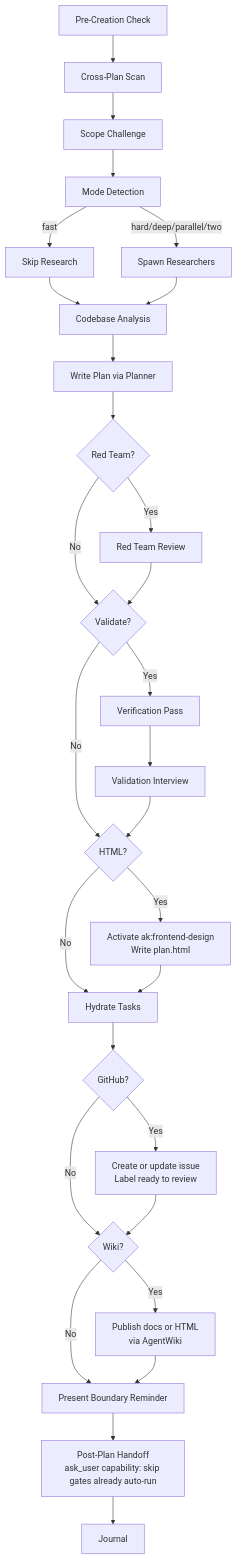
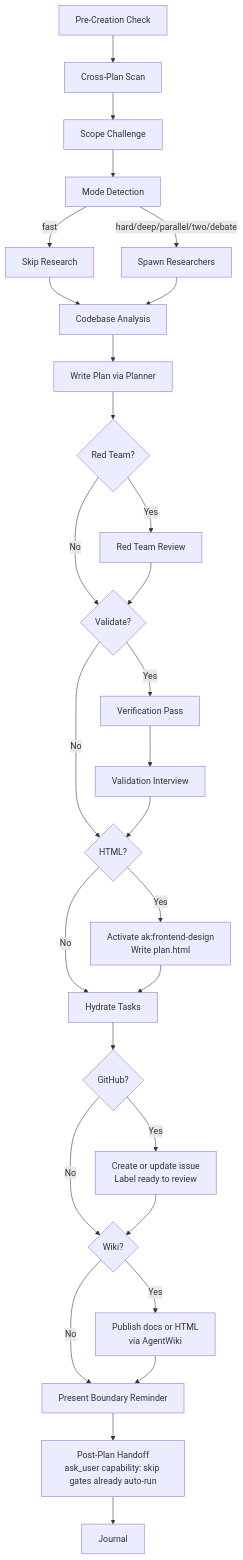
One commit to quanganh208/chatofy changed the diagram in .claude/skills/ak-plan/SKILL.md. Above: the diagram before and after it, drawn with Mermaid. The commit also changed other lines of this file and 118 other files, not shown here.

````diff
--- a/.claude/skills/ak-plan/SKILL.md
+++ b/.claude/skills/ak-plan/SKILL.md
@@ -451,31 +475,31 @@
 ```mermaid
 flowchart TD
     A[Pre-Creation Check] --> B[Cross-Plan Scan]
     B --> C[Scope Challenge]
     C --> D[Mode Detection]
     D -->|fast| E[Skip Research]
-    D -->|hard/deep/parallel/two| F[Spawn Researchers]
+    D -->|hard/deep/parallel/two/debate| F[Spawn Researchers]
     E --> G[Codebase Analysis]
     F --> G
     G --> H[Write Plan via Planner]
     H --> I{Red Team?}
     I -->|Yes| J[Red Team Review]
     I -->|No| K{Validate?}
     J --> K
     K -->|Yes| V[Verification Pass]
     K -->|No| X{HTML?}
     V --> L[Validation Interview]
     L --> X
     X -->|Yes| Y[Activate ak:frontend-design<br/>Write plan.html]
     X -->|No| M[Hydrate Tasks]
     Y --> M
     M --> Q{GitHub?}
     Q -->|Yes| R[Create or update issue<br/>Label ready to review]
     Q -->|No| W{Wiki?}
     R --> W
     W -->|Yes| S[Publish docs or HTML<br/>via AgentWiki]
     W -->|No| N[Present Boundary Reminder]
     S --> N
     N --> P[Post-Plan Handoff<br/>ask_user capability: skip gates already auto-run]
     P --> O[Journal]
 ```
````
